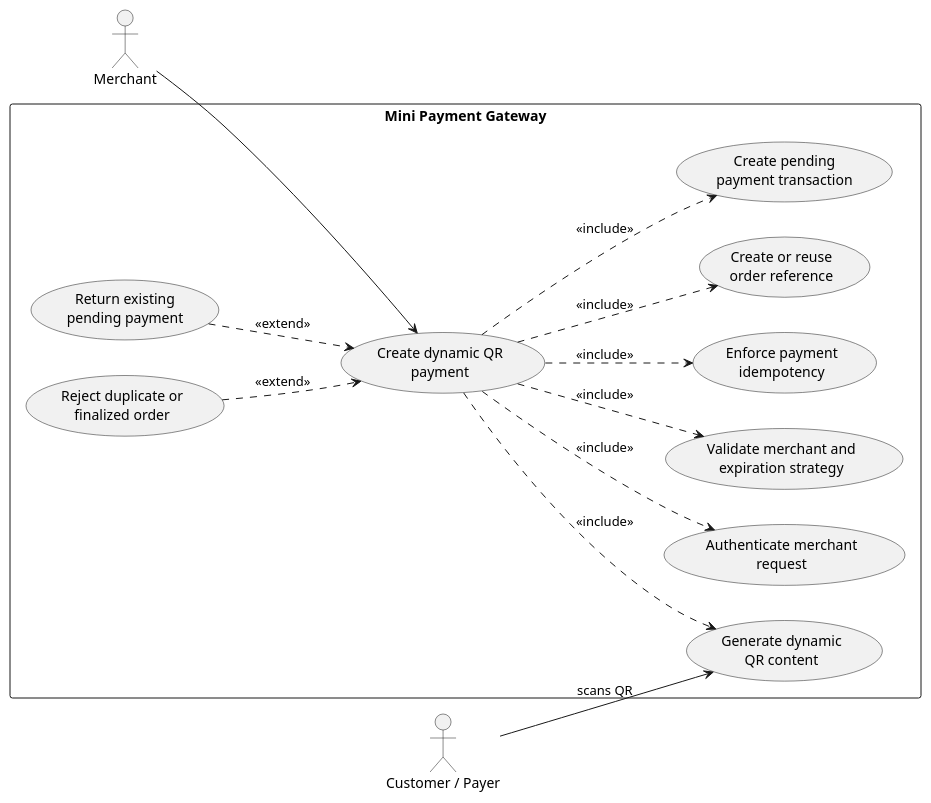
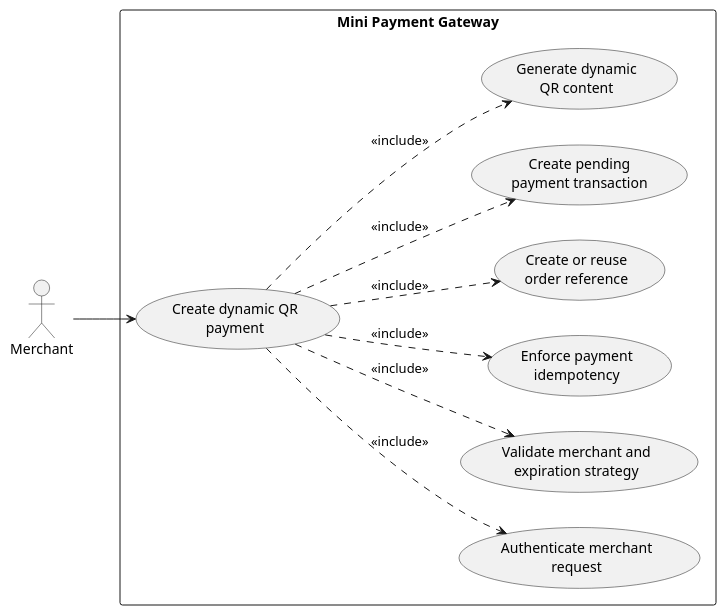
One commit to biabeogo147/mini-payment-gateway changed the third of 6 diagrams in docs/product/use-cases.md. Above: the diagram before and after it, drawn with PlantUML. The commit also changed other lines of this file and 1 other file, not shown here.

Commit message:
update uc diagram

````diff
--- a/docs/product/use-cases.md
+++ b/docs/product/use-cases.md
@@ -242,34 +230,26 @@
 ```plantuml
 @startuml uc002_create_dynamic_qr_payment
 left to right direction
 skinparam packageStyle rectangle
 
 actor "Merchant" as Merchant
-actor "Customer / Payer" as Payer
-
 rectangle "Mini Payment Gateway" {
   usecase "Create dynamic QR\npayment" as UC002
   usecase "Authenticate merchant\nrequest" as UC_Authenticate
   usecase "Validate merchant and\nexpiration strategy" as UC_ValidateRequest
   usecase "Enforce payment\nidempotency" as UC_Idempotency
   usecase "Create or reuse\norder reference" as UC_Order
   usecase "Create pending\npayment transaction" as UC_CreatePending
   usecase "Generate dynamic\nQR content" as UC_GenerateQr
-  usecase "Return existing\npending payment" as UC_ReturnExisting
-  usecase "Reject duplicate or\nfinalized order" as UC_RejectOrder
 }
 
 Merchant --> UC002
-Payer --> UC_GenerateQr : scans QR
 
 UC002 ..> UC_Authenticate : <<include>>
 UC002 ..> UC_ValidateRequest : <<include>>
 UC002 ..> UC_Idempotency : <<include>>
 UC002 ..> UC_Order : <<include>>
 UC002 ..> UC_CreatePending : <<include>>
 UC002 ..> UC_GenerateQr : <<include>>
-
-UC_ReturnExisting ..> UC002 : <<extend>>
-UC_RejectOrder ..> UC002 : <<extend>>
 @enduml
 ```
````
